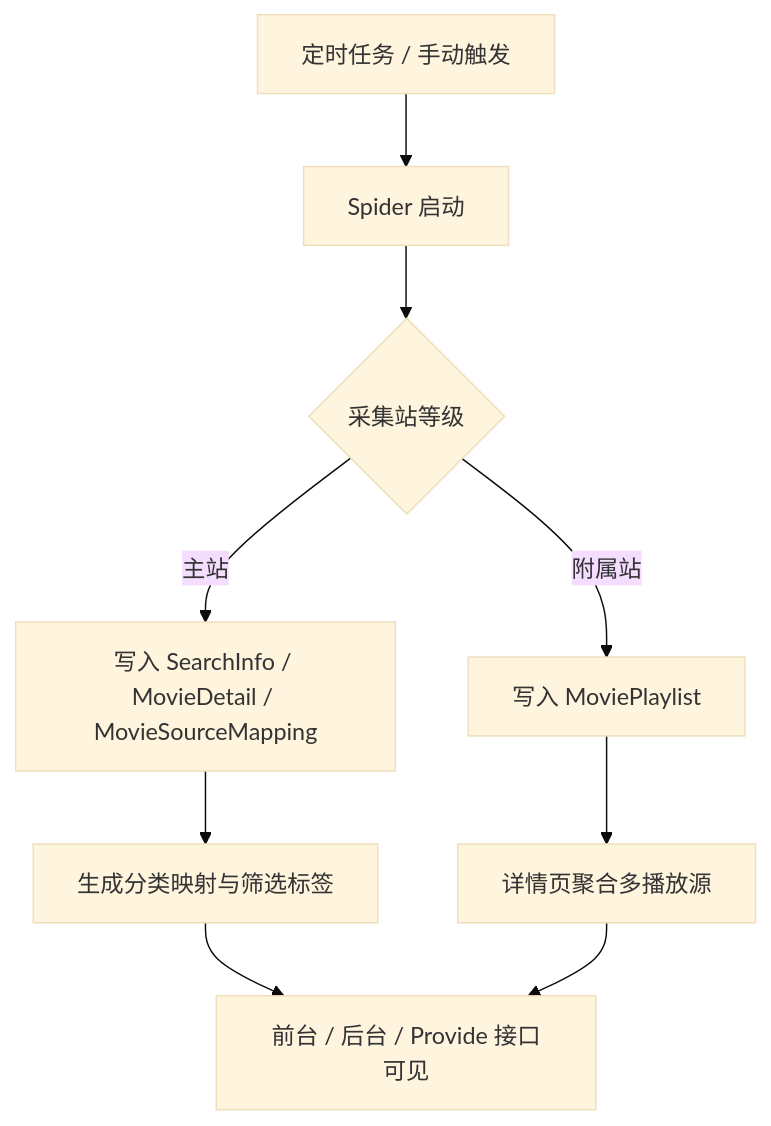
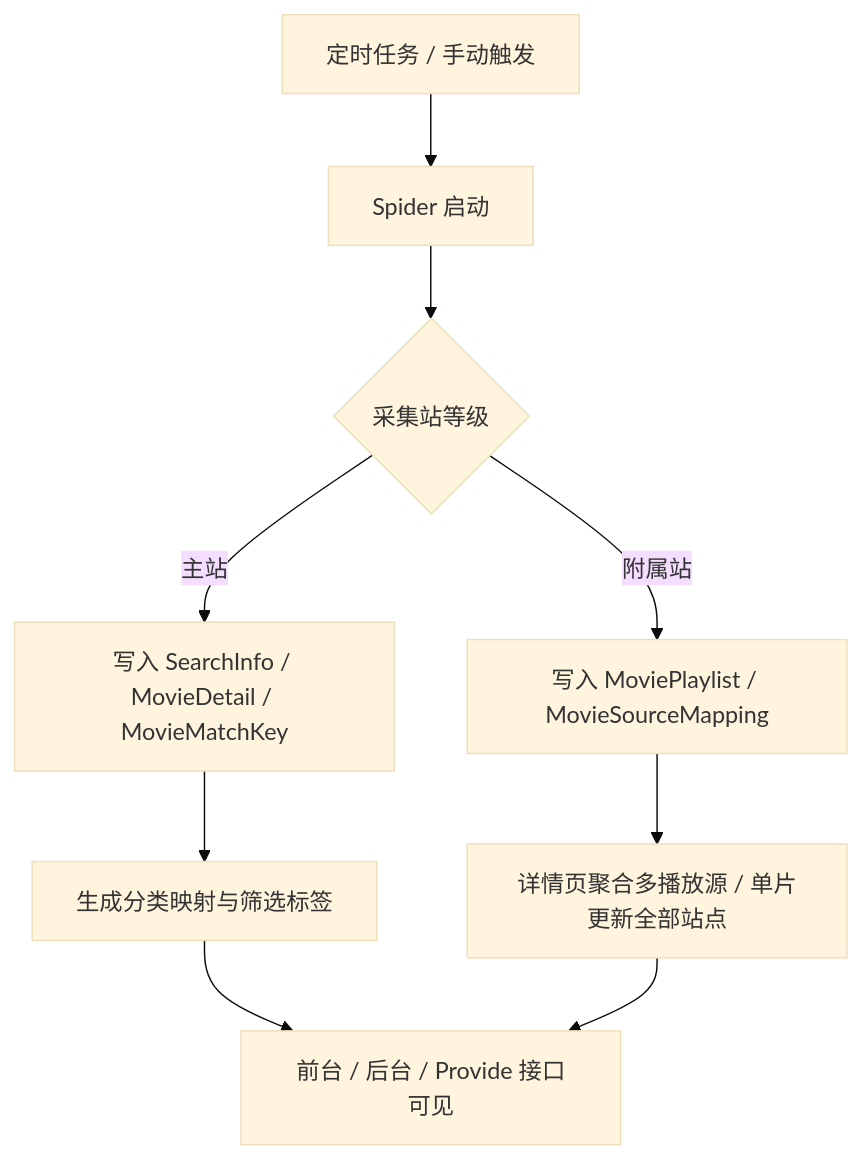
Before and after one commit to fe-spark/EcoHub: the second of 2 diagrams in server/README.md, drawn with Mermaid (base theme). The commit also changed other lines of this file and 22 other files, not shown here.

````diff
--- a/server/README.md
+++ b/server/README.md
@@ -152,11 +152,11 @@
 ```mermaid
 flowchart TD
     A["定时任务 / 手动触发"] --> B["Spider 启动"]
     B --> C{"采集站等级"}
-    C -->|主站| D["写入 SearchInfo / MovieDetail / MovieSourceMapping"]
-    C -->|附属站| E["写入 MoviePlaylist"]
+    C -->|主站| D["写入 SearchInfo / MovieDetail / MovieMatchKey"]
+    C -->|附属站| E["写入 MoviePlaylist / MovieSourceMapping"]
     D --> F["生成分类映射与筛选标签"]
-    E --> G["详情页聚合多播放源"]
+    E --> G["详情页聚合多播放源 / 单片更新全部站点"]
     F --> H["前台 / 后台 / Provide 接口可见"]
     G --> H
 ```
````
